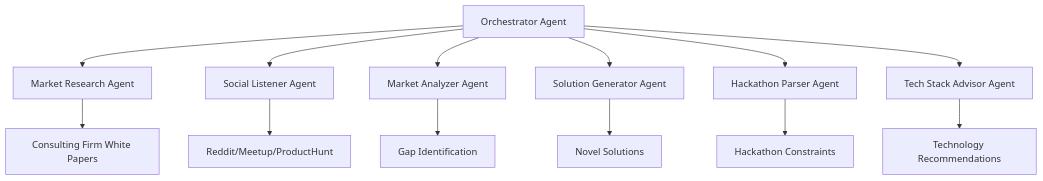
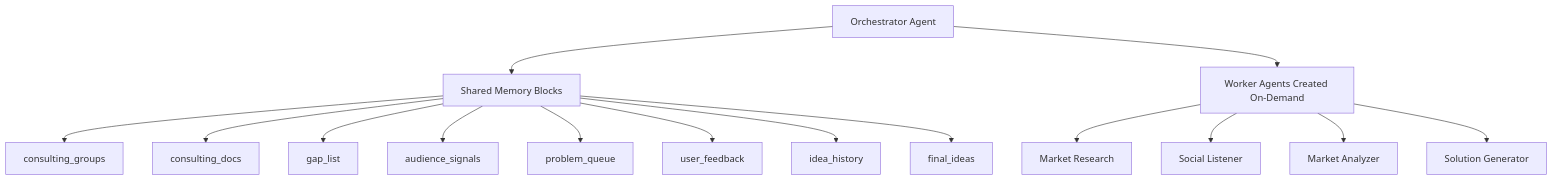
The diagram in README.md (SheteUC/market-gap), drawn with Mermaid before and after one commit. The commit also changed other lines of this file and 32 other files, not shown here.

Commit message:
orchestrator and market research agent added

````diff
--- a/README.md
+++ b/README.md
@@ -21,16 +17,19 @@
 ```mermaid
 graph TD
-    A[Orchestrator Agent] --> B[Market Research Agent]
-    A --> C[Social Listener Agent]
-    A --> D[Market Analyzer Agent]
-    A --> E[Solution Generator Agent]
-    A --> F[Hackathon Parser Agent]
-    A --> G[Tech Stack Advisor Agent]
+    A[Orchestrator Agent] --> B[Shared Memory Blocks]
+    A --> C[Worker Agents Created On-Demand]
     
-    B --> H[Consulting Firm White Papers]
-    C --> I[Reddit/Meetup/ProductHunt]
-    D --> J[Gap Identification]
-    E --> K[Novel Solutions]
-    F --> L[Hackathon Constraints]
-    G --> M[Technology Recommendations]
+    B --> D[consulting_groups]
+    B --> E[consulting_docs] 
+    B --> F[gap_list]
+    B --> G[audience_signals]
+    B --> H[problem_queue]
+    B --> I[user_feedback]
+    B --> J[idea_history]
+    B --> K[final_ideas]
+    
+    C --> L[Market Research]
+    C --> M[Social Listener]
+    C --> N[Market Analyzer]
+    C --> O[Solution Generator]
 ```
````
